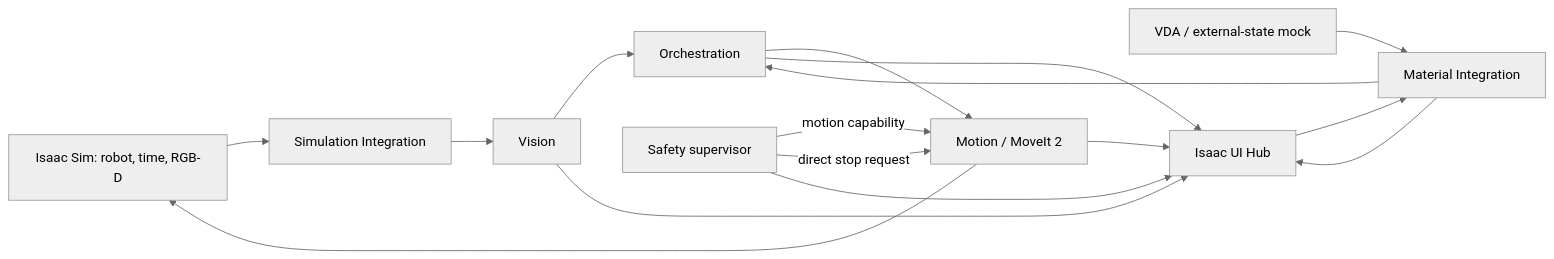
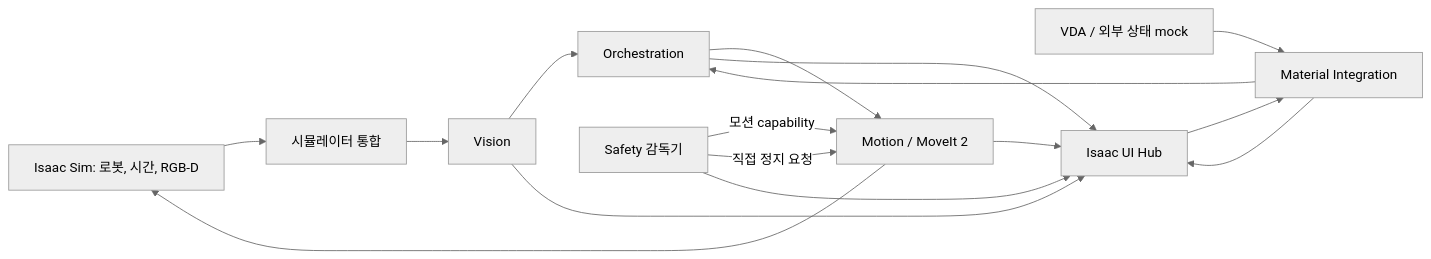
One commit to dev-kibeom/sftwin-arm-cell changed the diagram in README.md. Above: the diagram before and after it, drawn with Mermaid (neutral theme). The commit also changed other lines of this file and 1 other file, not shown here.

````diff
--- a/README.md
+++ b/README.md
@@ -28,18 +30,18 @@
 ```mermaid
 flowchart LR
-    Isaac[Isaac Sim: robot, time, RGB-D] --> Integration[Simulation Integration]
+    Isaac[Isaac Sim: 로봇, 시간, RGB-D] --> Integration[시뮬레이터 통합]
     Integration --> Vision[Vision]
     Vision --> Orchestration[Orchestration]
     Orchestration --> Motion[Motion / MoveIt 2]
     Motion --> Isaac
-    VDA[VDA / external-state mock] --> Material[Material Integration]
+    VDA[VDA / 외부 상태 mock] --> Material[Material Integration]
     Hub[Isaac UI Hub] --> Material
     Material --> Orchestration
-    Safety[Safety supervisor] -->|motion capability| Motion
-    Safety -->|direct stop request| Motion
+    Safety[Safety 감독기] -->|모션 capability| Motion
+    Safety -->|직접 정지 요청| Motion
     Orchestration --> Hub
     Vision --> Hub
     Motion --> Hub
     Safety --> Hub
     Material --> Hub
 ```
````
